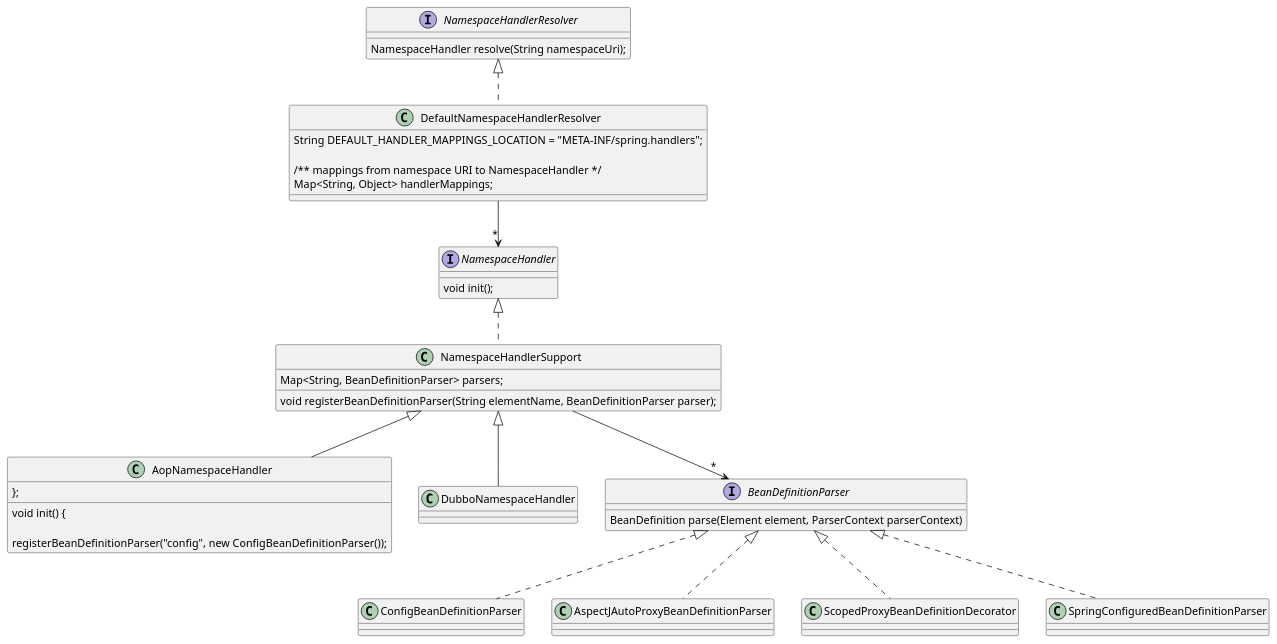
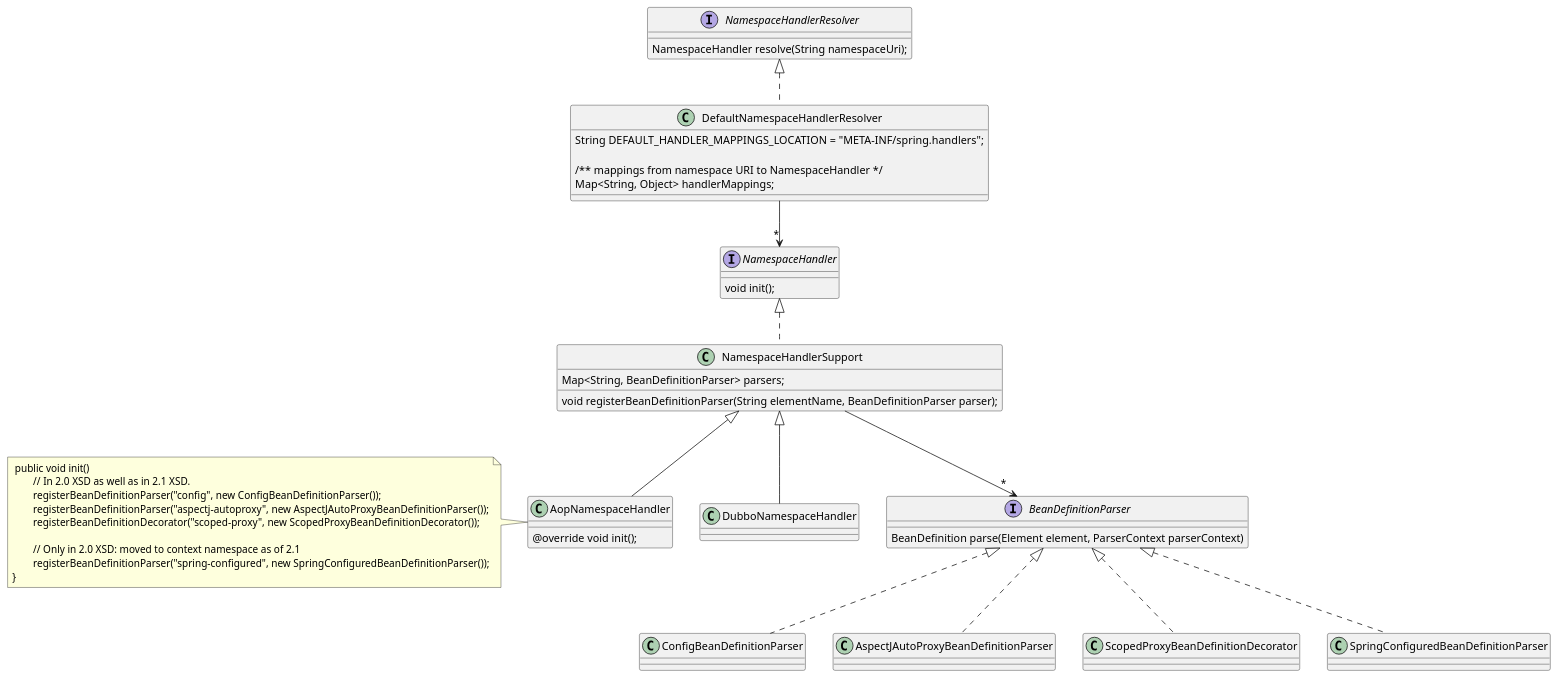
Before and after one commit to kangjiabang/springlearn: the diagram in doc/namespacehandler处理逻辑/namespacehandler 设计方法.puml, drawn with PlantUML.

Commit message:
spring mvc 源码学习，namespaceHander的处理逻辑

```diff
--- a/doc/namespacehandler处理逻辑/namespacehandler 设计方法.puml
+++ b/doc/namespacehandler处理逻辑/namespacehandler 设计方法.puml
@@ -1,60 +1,69 @@
 @startuml
 
 
 interface NamespaceHandler
 abstract NamespaceHandlerSupport
 class  AopNamespaceHandler
+note left of  AopNamespaceHandler
+  public void init()
+		// In 2.0 XSD as well as in 2.1 XSD.
+		registerBeanDefinitionParser("config", new ConfigBeanDefinitionParser());
+		registerBeanDefinitionParser("aspectj-autoproxy", new AspectJAutoProxyBeanDefinitionParser());
+		registerBeanDefinitionDecorator("scoped-proxy", new ScopedProxyBeanDefinitionDecorator());
+
+		// Only in 2.0 XSD: moved to context namespace as of 2.1
+		registerBeanDefinitionParser("spring-configured", new SpringConfiguredBeanDefinitionParser());
+	}
+end note
+
 class  DubboNamespaceHandler
 interface NamespaceHandlerResolver
 class  DefaultNamespaceHandlerResolver
 
 interface BeanDefinitionParser
 
 
 NamespaceHandlerResolver <|.. DefaultNamespaceHandlerResolver
 NamespaceHandler  <|.. NamespaceHandlerSupport
 NamespaceHandlerSupport <|-- AopNamespaceHandler
 NamespaceHandlerSupport <|-- DubboNamespaceHandler
 DefaultNamespaceHandlerResolver --> "*" NamespaceHandler
 NamespaceHandlerSupport  --> "*" BeanDefinitionParser
 
 BeanDefinitionParser  <|.. ConfigBeanDefinitionParser
 BeanDefinitionParser  <|.. AspectJAutoProxyBeanDefinitionParser
 BeanDefinitionParser  <|.. ScopedProxyBeanDefinitionDecorator
 BeanDefinitionParser  <|.. SpringConfiguredBeanDefinitionParser
 
 interface NamespaceHandler {
   void init();
 }
 
 class AopNamespaceHandler {
-  void init() {
-
-  		registerBeanDefinitionParser("config", new ConfigBeanDefinitionParser());
+  @override void init();
+}
 
 
-  	};
-}
 interface NamespaceHandlerResolver {
     NamespaceHandler resolve(String namespaceUri);
 }
 
 interface BeanDefinitionParser {
    BeanDefinition parse(Element element, ParserContext parserContext)
 }
 
 
 class NamespaceHandlerSupport {
    Map<String, BeanDefinitionParser> parsers;
 
    void registerBeanDefinitionParser(String elementName, BeanDefinitionParser parser);
 }
 class DefaultNamespaceHandlerResolver {
    String DEFAULT_HANDLER_MAPPINGS_LOCATION = "META-INF/spring.handlers";
 
    /** mappings from namespace URI to NamespaceHandler */
    Map<String, Object> handlerMappings;
 }
 
 
 @enduml
```
